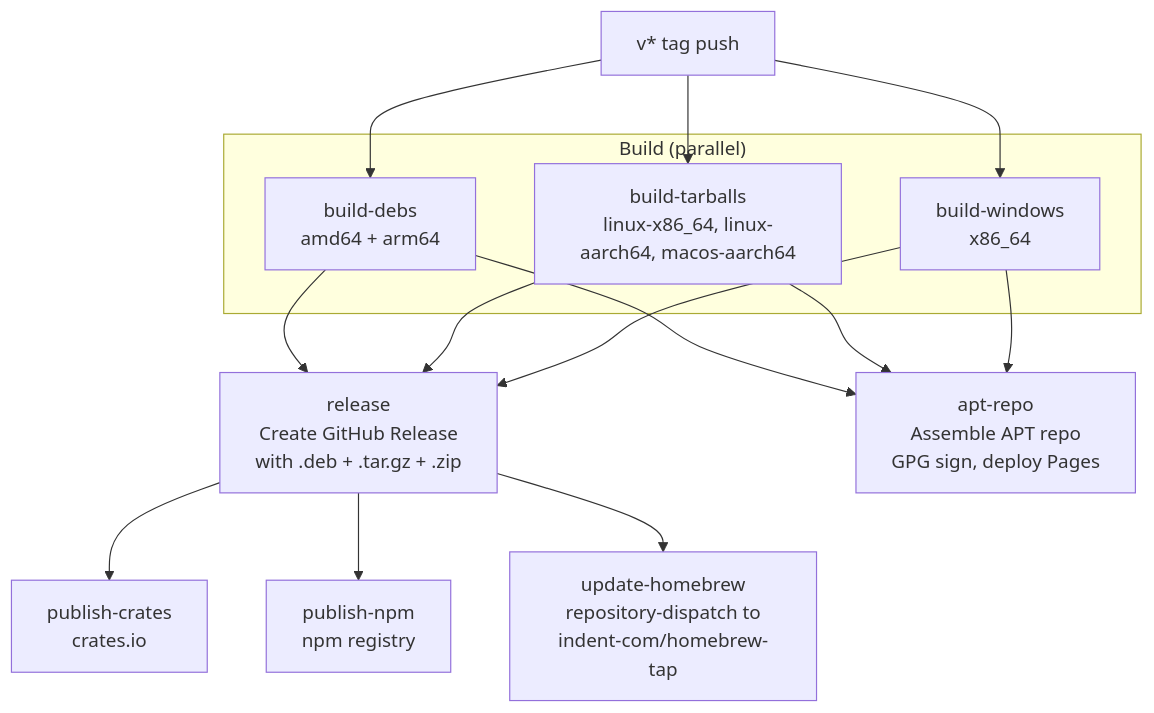
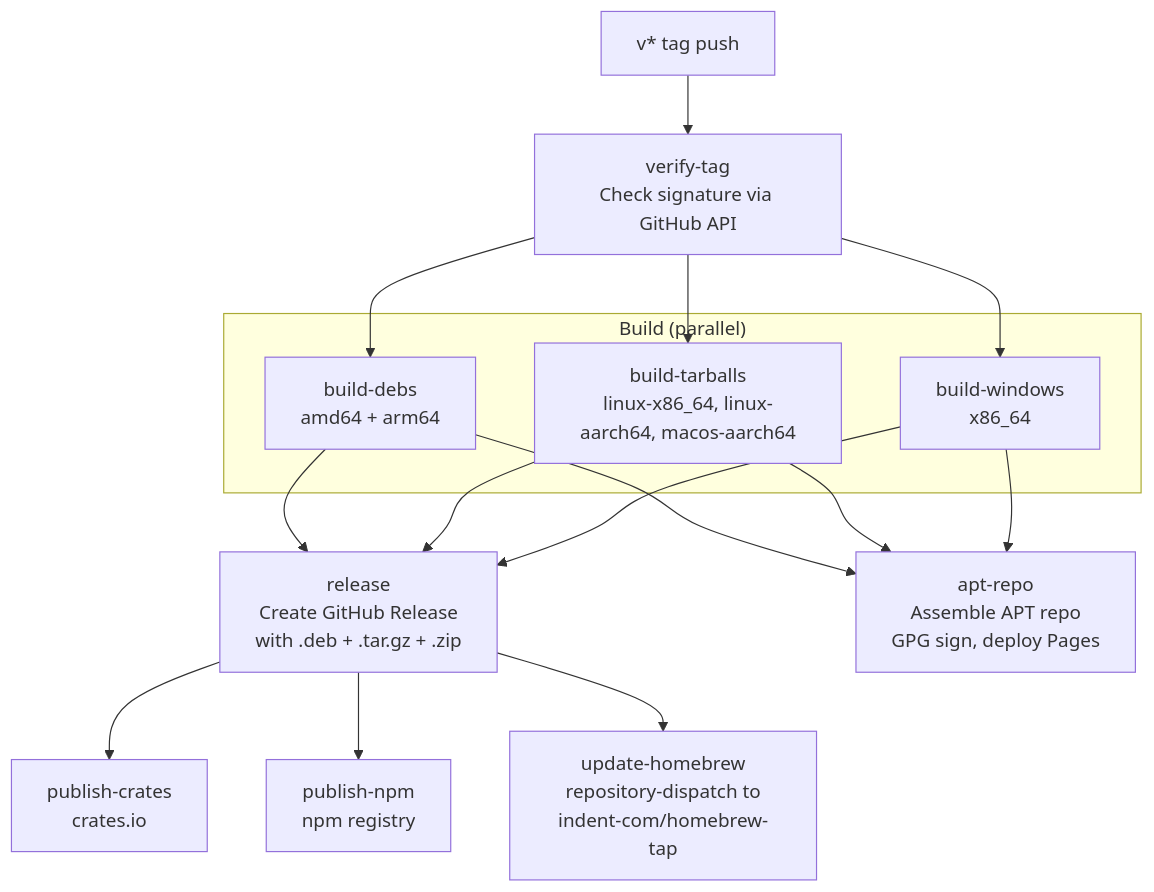
One commit to indent-com/blit changed the fourth of 8 diagrams in SERVICES.md. Above: the diagram before and after it, drawn with Mermaid. The commit also changed other lines of this file and 3 other files, not shown here.

````diff
--- a/SERVICES.md
+++ b/SERVICES.md
@@ -257,17 +246,18 @@
 ```mermaid
 flowchart TD
-    TAG["v* tag push"] --> BD & BT & BW
+    TAG["v* tag push"] --> VER[verify-tag<br>Check signature via GitHub API]
+    VER --> BD & BT & BW
 
     subgraph "Build (parallel)"
         BD[build-debs<br>amd64 + arm64]
         BT[build-tarballs<br>linux-x86_64, linux-aarch64, macos-aarch64]
         BW[build-windows<br>x86_64]
     end
 
     BD & BT & BW --> REL[release<br>Create GitHub Release<br>with .deb + .tar.gz + .zip]
     BD & BT & BW --> APT[apt-repo<br>Assemble APT repo<br>GPG sign, deploy Pages]
 
     REL --> PUB_CRATES[publish-crates<br>crates.io]
     REL --> PUB_NPM[publish-npm<br>npm registry]
     REL --> BREW[update-homebrew<br>repository-dispatch to<br>indent-com/homebrew-tap]
 ```
````
